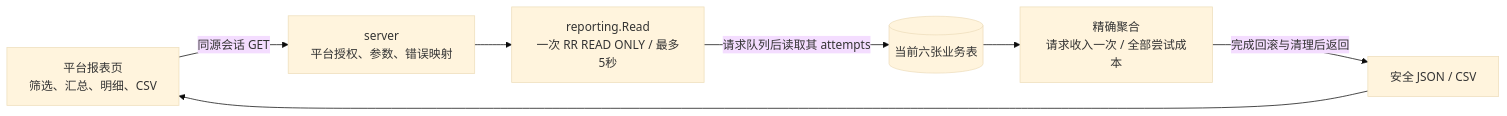
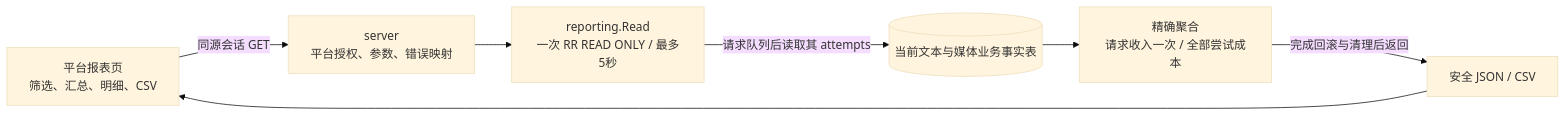
The diagram in docs/architecture/operating-reports.md (workhold/moni-aigate), drawn with Mermaid (base theme) before and after one commit. The commit also changed other lines of this file and 11 other files, not shown here.

````diff
--- a/docs/architecture/operating-reports.md
+++ b/docs/architecture/operating-reports.md
@@ -7,15 +7,15 @@
 ```mermaid
 flowchart LR
     Web[平台报表页\n筛选、汇总、明细、CSV]
     HTTP[server\n平台授权、参数、错误映射]
     Reader[reporting.Read\n一次 RR READ ONLY / 最多5秒]
-    DB[(当前六张业务表)]
+    DB[(当前文本与媒体业务事实表)]
     Aggregate[精确聚合\n请求收入一次 / 全部尝试成本]
     Output[安全 JSON / CSV]
     Web -->|同源会话 GET| HTTP
     HTTP --> Reader
     Reader -->|请求队列后读取其 attempts| DB
     DB --> Aggregate
     Aggregate -->|完成回滚与清理后返回| Output
     Output --> Web
 ```
````
